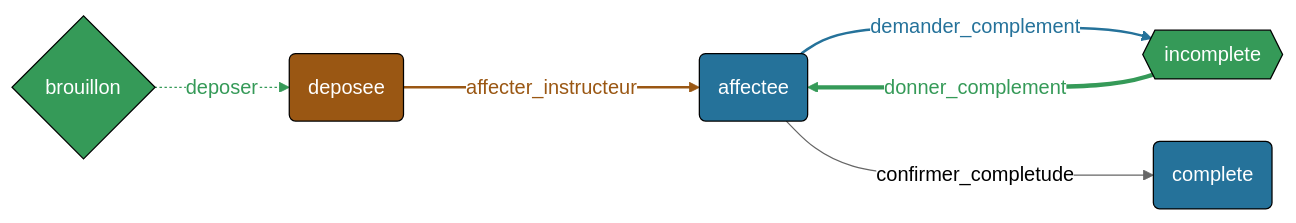
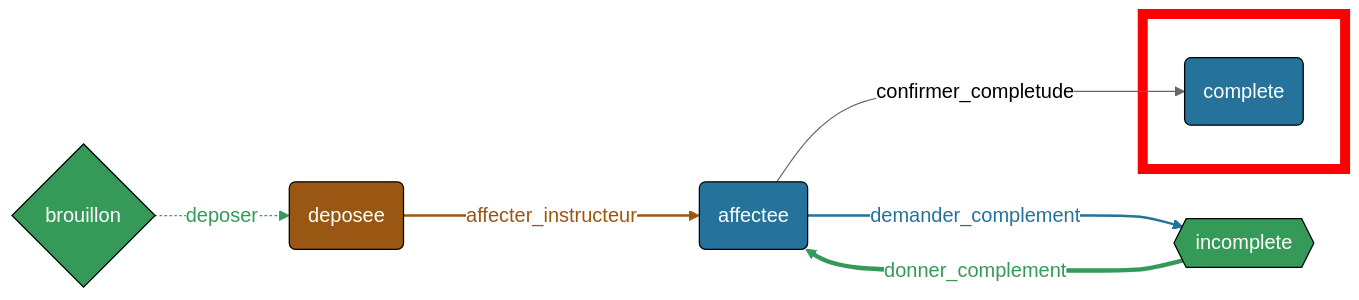
Before and after one commit to guerinetn/conf_fixtures: the diagram in slides/images/diagram/workflow_mar_start.mermaid, drawn with Mermaid (neutral theme). The commit also changed 22 other files, not shown here.

```diff
--- a/slides/images/diagram/workflow_mar_start.mermaid
+++ b/slides/images/diagram/workflow_mar_start.mermaid
@@ -1,20 +1,24 @@
 graph LR
-    place0{"brouillon"}
-    style place0 fill:#359A58,color:white,stroke-width:1px,stroke:black
+        place0{"brouillon"}
+        style place0 fill:#359A58,color:white,stroke-width:1px,stroke:black
+    style one fill:none,stroke-width:8px,stroke:red;
     place1("deposee")
     style place1 fill:#9A5713,color:white,stroke-width:1px,stroke:black
+
     place2("affectee")
     style place2 fill:#25729A,color:white,stroke-width:1px,stroke:black
     place3{{"incomplete"}}
     style place3 fill:#359A58,color:white,stroke-width:1px,stroke:black
+    subgraph one[" "]
     place10("complete")
+    end
     style place10 fill:#25729A,color:white,stroke-width:1px,stroke:black
     place0-.->|"deposer"|place1
     linkStyle 0 stroke:#359A58,color:#359A58
     place1--->|"affecter_instructeur"|place2
     linkStyle 1 stroke:#9A5713,color:#9A5713,stroke-width:2px
     place2-->|"demander_complement"|place3
     linkStyle 2 stroke:#25729A,color:#25729A,stroke-width:2px
     place3===>|"donner_complement"|place2
     linkStyle 3 stroke:#359A58,color:#359A58
     place2--->|"confirmer_completude"|place10
```
